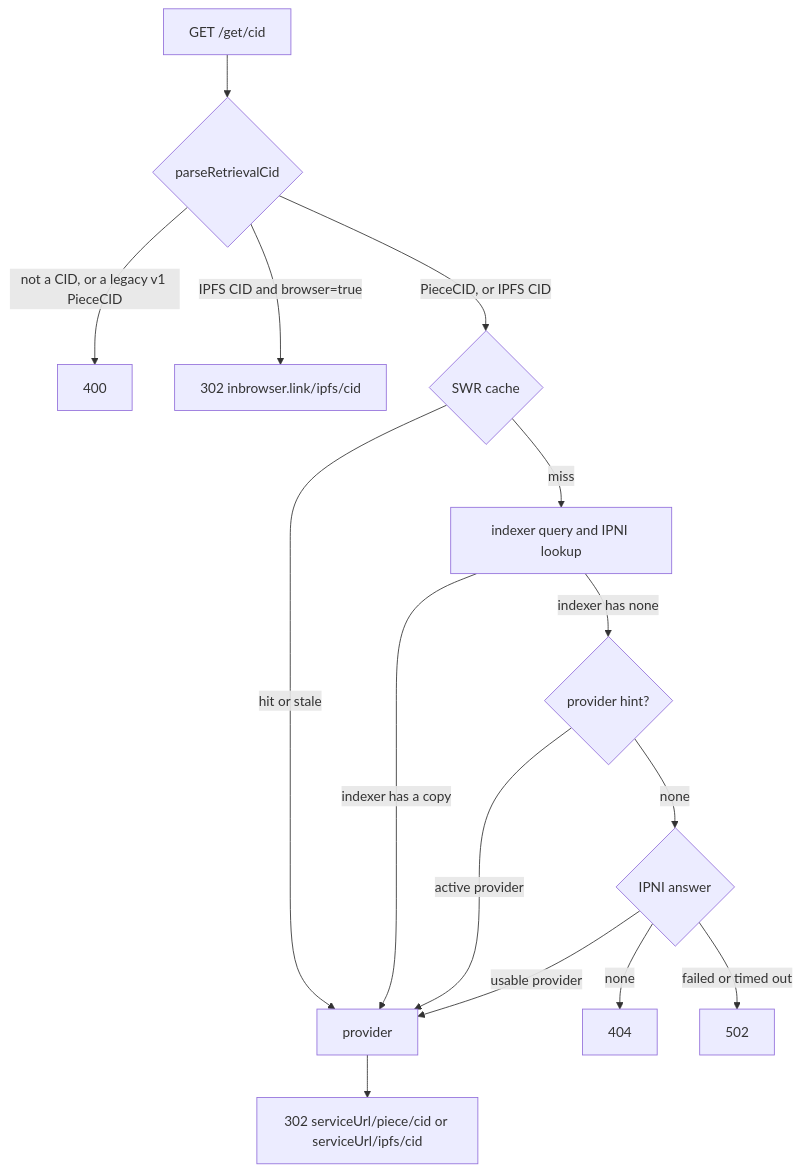
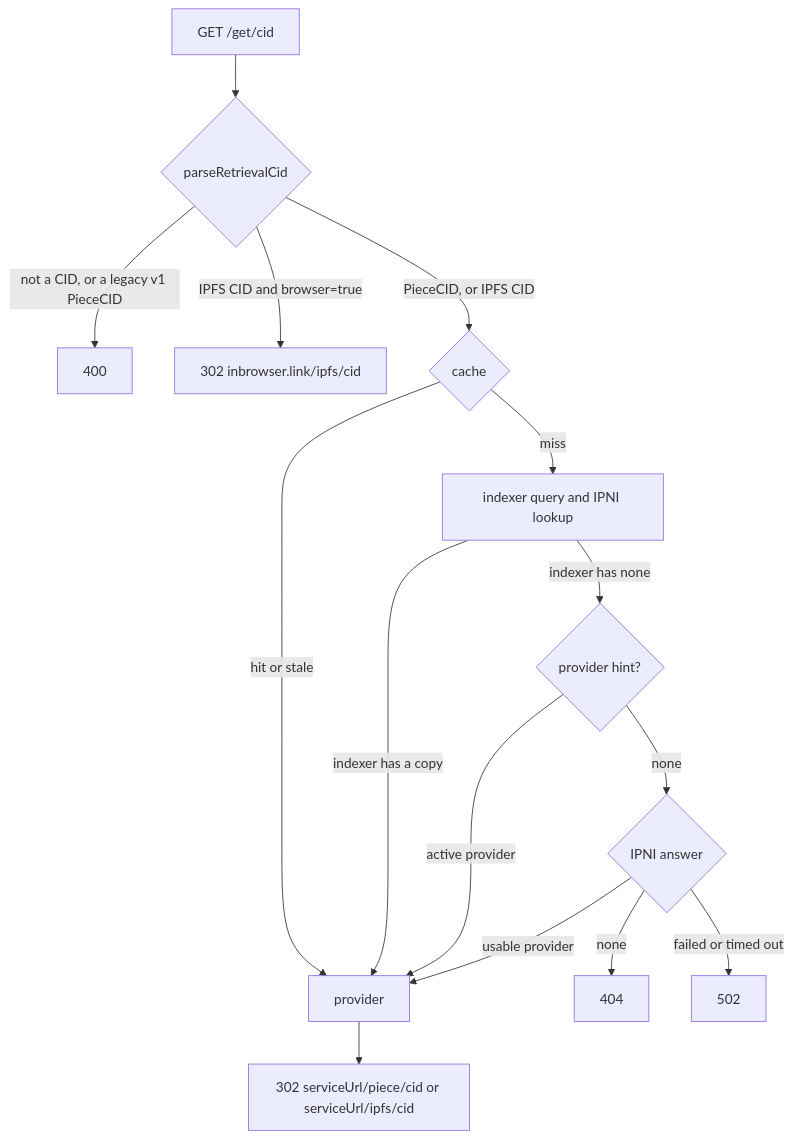
Before and after one commit to filecoin-project/agents: the diagram in docs/filecoin/retrieval.md, drawn with Mermaid. The commit also changed other lines of this file, not shown here.

````diff
--- a/docs/filecoin/retrieval.md
+++ b/docs/filecoin/retrieval.md
@@ -48,17 +50,17 @@
 ```mermaid
 flowchart TD
   req[GET /get/cid] --> parse{parseRetrievalCid}
   parse -- not a CID, or a legacy v1 PieceCID --> e400[400]
   parse -- IPFS CID and browser=true --> inb[302 inbrowser.link/ipfs/cid]
-  parse -- PieceCID, or IPFS CID --> cache{SWR cache}
+  parse -- PieceCID, or IPFS CID --> cache{cache}
   cache -- hit or stale --> found
   cache -- miss --> race[indexer query and IPNI lookup]
   race -- indexer has a copy --> found[provider]
   race -- indexer has none --> hint{provider hint?}
   hint -- active provider --> found
   hint -- none --> ipni{IPNI answer}
   ipni -- usable provider --> found
   ipni -- none --> e404[404]
   ipni -- failed or timed out --> e502[502]
   found --> redirect[302 serviceUrl/piece/cid or serviceUrl/ipfs/cid]
 ```
````
